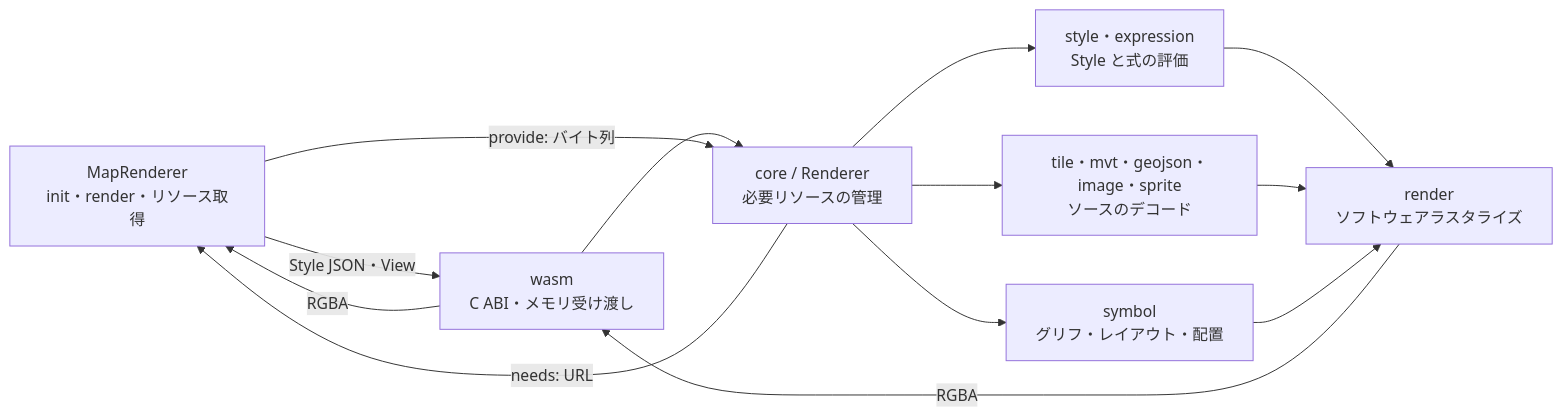
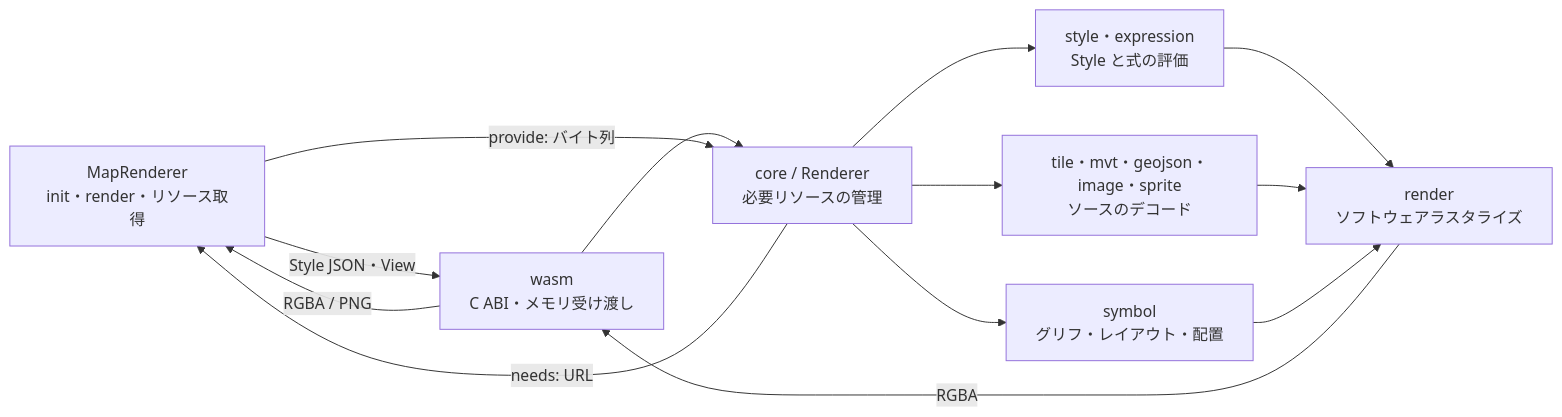
One commit to Kanahiro/ml2drender changed the diagram in README.md. Above: the diagram before and after it, drawn with Mermaid. The commit also changed other lines of this file and 34 other files, not shown here.

````diff
--- a/README.md
+++ b/README.md
@@ -70,15 +100,15 @@
 ```mermaid
 flowchart LR
     Host[MapRenderer<br/>init・render・リソース取得] -->|Style JSON・View| ABI[wasm<br/>C ABI・メモリ受け渡し]
     ABI --> Core[core / Renderer<br/>必要リソースの管理]
     Core -->|needs: URL| Host
     Host -->|provide: バイト列| Core
     Core --> Style[style・expression<br/>Style と式の評価]
     Core --> Sources[tile・mvt・geojson・image・sprite<br/>ソースのデコード]
     Core --> Symbols[symbol<br/>グリフ・レイアウト・配置]
     Style --> Draw[render<br/>ソフトウェアラスタライズ]
     Sources --> Draw
     Symbols --> Draw
     Draw -->|RGBA| ABI
-    ABI -->|RGBA| Host
+    ABI -->|RGBA / PNG| Host
 ```
````
